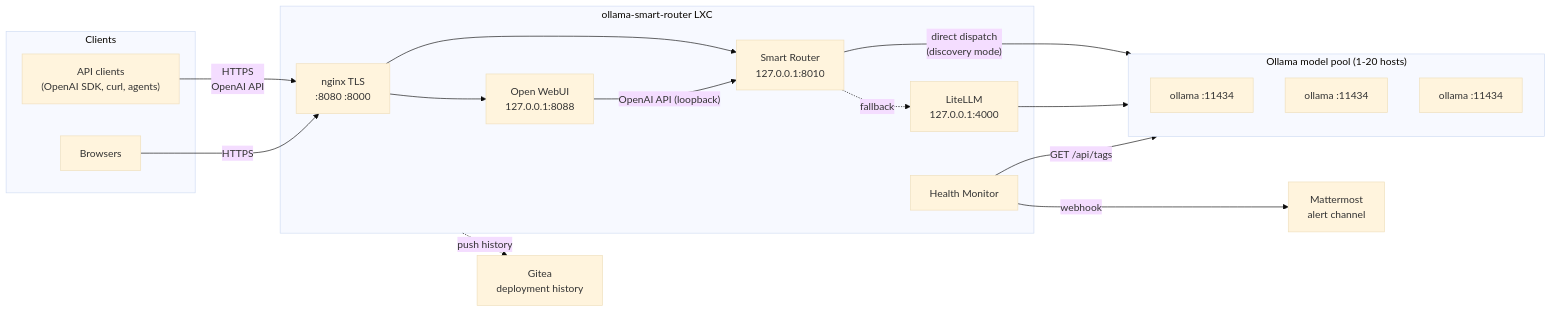
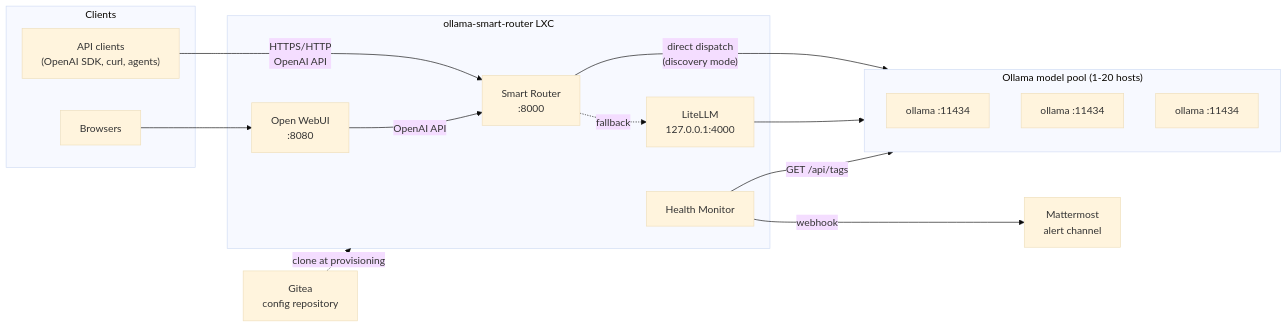
Before and after one commit to wwarren/osr: the first of 5 diagrams in ARCHITECTURE.md, drawn with Mermaid (base theme). The commit also changed other lines of this file and 21 other files, not shown here.

````diff
--- a/ARCHITECTURE.md
+++ b/ARCHITECTURE.md
@@ -40,36 +40,33 @@
 ```mermaid
 flowchart LR
     subgraph clients[Clients]
         api["API clients<br/>(OpenAI SDK, curl, agents)"]
         browser["Browsers"]
     end
 
     subgraph ct["ollama-smart-router LXC"]
-        nginx["nginx TLS<br/>:8080 :8000"]
-        router["Smart Router<br/>127.0.0.1:8010"]
-        webui["Open WebUI<br/>127.0.0.1:8088"]
+        router["Smart Router<br/>:8000"]
+        webui["Open WebUI<br/>:8080"]
         litellm["LiteLLM<br/>127.0.0.1:4000"]
         monitor["Health Monitor"]
     end
 
     subgraph pool["Ollama model pool (1-20 hosts)"]
         o1["ollama :11434"]
         o2["ollama :11434"]
         oN["ollama :11434"]
     end
 
-    gitea["Gitea<br/>deployment history"]
+    gitea["Gitea<br/>config repository"]
     mm["Mattermost<br/>alert channel"]
 
-    api -->|"HTTPS<br/>OpenAI API"| nginx
-    browser -->|HTTPS| nginx
-    nginx --> webui
-    nginx --> router
-    webui -->|"OpenAI API (loopback)"| router
+    api -->|"HTTPS/HTTP<br/>OpenAI API"| router
+    browser --> webui
+    webui -->|OpenAI API| router
     router -->|"direct dispatch<br/>(discovery mode)"| pool
     router -.->|"fallback"| litellm
     litellm --> pool
     monitor -->|"GET /api/tags"| pool
     monitor -->|"webhook"| mm
-    ct -.->|"push history"| gitea
+    gitea -.->|"clone at provisioning"| ct
 ```
````
